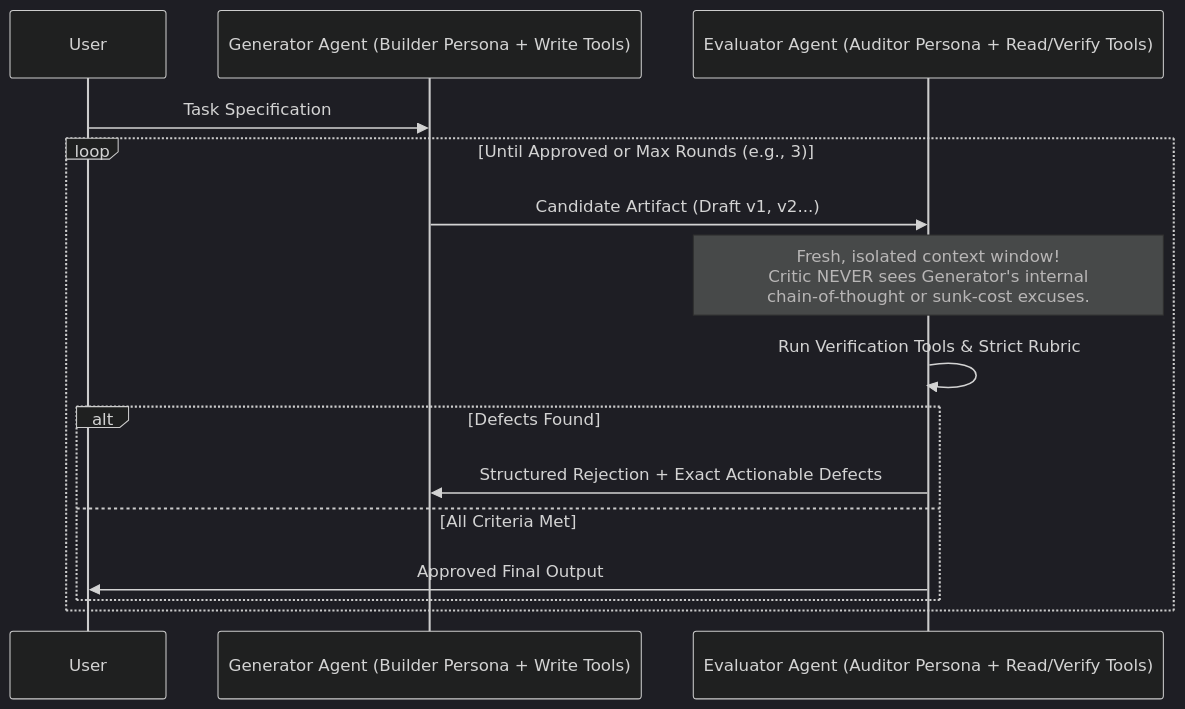
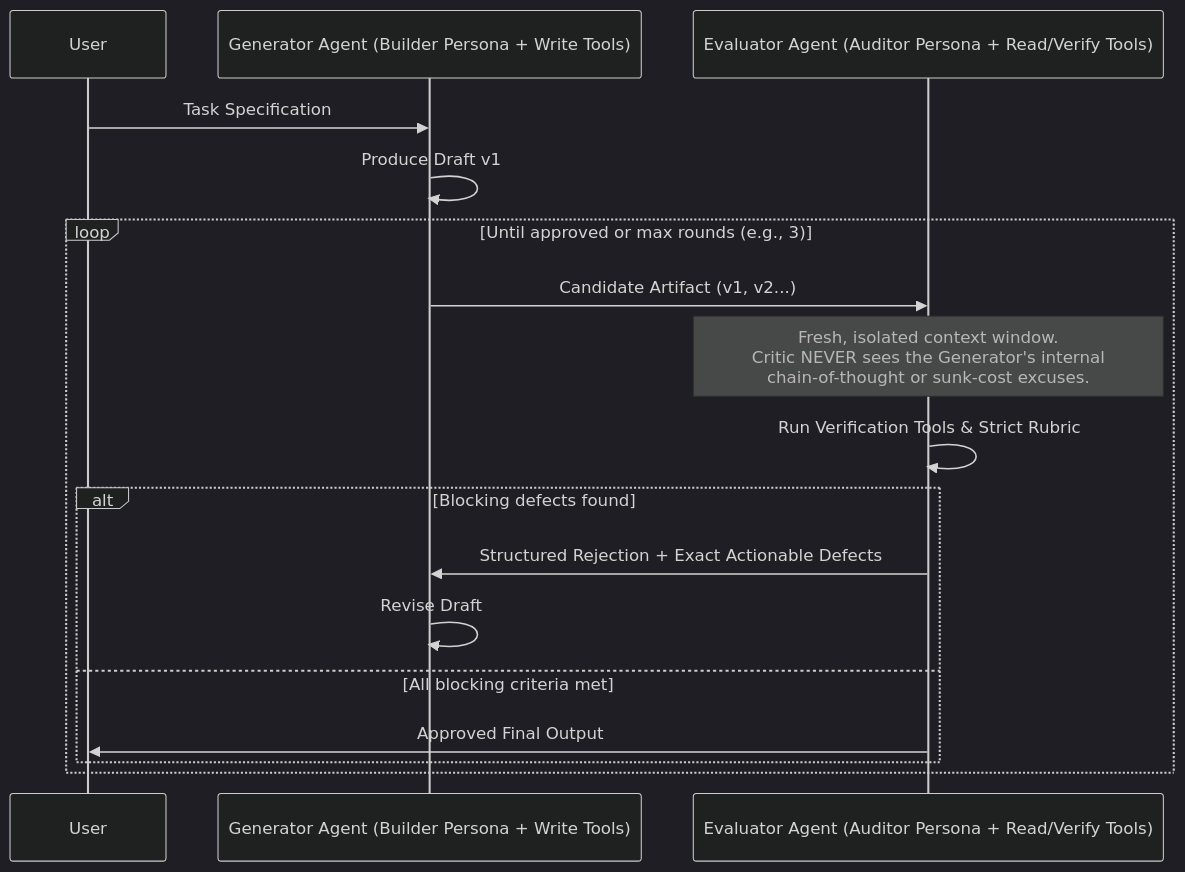
The second of 3 diagrams in chapter-04-dynamic-and-hierarchical-orchestration.md (Rajdipc/agentic-ai-orchestration-patterns), drawn with Mermaid (dark theme) before and after one commit. The commit also changed other lines of this file and 18 other files, not shown here.

````diff
--- a/chapter-04-dynamic-and-hierarchical-orchestration.md
+++ b/chapter-04-dynamic-and-hierarchical-orchestration.md
@@ -80,18 +126,20 @@
 ```mermaid
 sequenceDiagram
     participant User
     participant Gen as Generator Agent (Builder Persona + Write Tools)
     participant Critic as Evaluator Agent (Auditor Persona + Read/Verify Tools)
 
     User->>Gen: Task Specification
-    loop Until Approved or Max Rounds (e.g., 3)
-        Gen->>Critic: Candidate Artifact (Draft v1, v2...)
-        Note over Critic: Fresh, isolated context window!<br/>Critic NEVER sees Generator's internal<br/>chain-of-thought or sunk-cost excuses.
+    Gen->>Gen: Produce Draft v1
+    loop Until approved or max rounds (e.g., 3)
+        Gen->>Critic: Candidate Artifact (v1, v2...)
+        Note over Critic: Fresh, isolated context window.<br/>Critic NEVER sees the Generator's internal<br/>chain-of-thought or sunk-cost excuses.
         Critic->>Critic: Run Verification Tools & Strict Rubric
-        alt Defects Found
+        alt Blocking defects found
             Critic->>Gen: Structured Rejection + Exact Actionable Defects
-        else All Criteria Met
+            Gen->>Gen: Revise Draft
+        else All blocking criteria met
             Critic->>User: Approved Final Output
         end
     end
 ```
````
